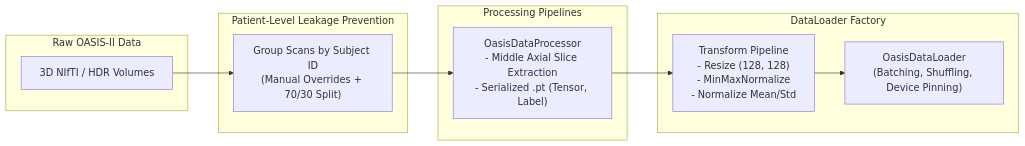
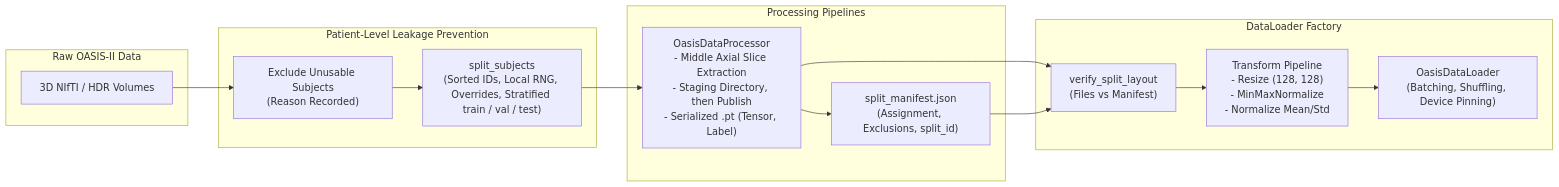
The second of 6 diagrams in docs/architecture.md (IC-QML-QTL-Dementia-Detection/dementia-boost), drawn with Mermaid before and after one commit. The commit also changed other lines of this file and 1 other file, not shown here.

Commit message:
docs: describe the three-cohort split, the manifest and selection on validation

````diff
--- a/docs/architecture.md
+++ b/docs/architecture.md
@@ -78,24 +96,31 @@
 ```mermaid
 flowchart LR
     subgraph RawData ["Raw OASIS-II Data"]
         NIFTI_FILES["3D NIfTI / HDR Volumes"]
     end
 
     subgraph SplitLogic ["Patient-Level Leakage Prevention"]
-        SUBJ_SPLIT["Group Scans by Subject ID<br/>(Manual Overrides + 70/30 Split)"]
+        EXCLUDE["Exclude Unusable Subjects<br/>(Reason Recorded)"]
+        SUBJ_SPLIT["split_subjects<br/>(Sorted IDs, Local RNG, Overrides, Stratified train / val / test)"]
     end
 
     subgraph Pipelines ["Processing Pipelines"]
-        NIFTI_PIPE["OasisDataProcessor<br/>- Middle Axial Slice Extraction<br/>- Serialized .pt (Tensor, Label)"]
+        NIFTI_PIPE["OasisDataProcessor<br/>- Middle Axial Slice Extraction<br/>- Staging Directory, then Publish<br/>- Serialized .pt (Tensor, Label)"]
+        MANIFEST["split_manifest.json<br/>(Assignment, Exclusions, split_id)"]
     end
 
     subgraph Loaders ["DataLoader Factory"]
+        GUARD["verify_split_layout<br/>(Files vs Manifest)"]
         TRANSFORMS["Transform Pipeline<br/>- Resize (128, 128)<br/>- MinMaxNormalize<br/>- Normalize Mean/Std"]
         LOADER["OasisDataLoader<br/>(Batching, Shuffling, Device Pinning)"]
     end
 
-    NIFTI_FILES --> SUBJ_SPLIT
+    NIFTI_FILES --> EXCLUDE
+    EXCLUDE --> SUBJ_SPLIT
     SUBJ_SPLIT --> NIFTI_PIPE
-    NIFTI_PIPE --> TRANSFORMS
+    NIFTI_PIPE --> MANIFEST
+    NIFTI_PIPE --> GUARD
+    MANIFEST --> GUARD
+    GUARD --> TRANSFORMS
     TRANSFORMS --> LOADER
 ```
````
